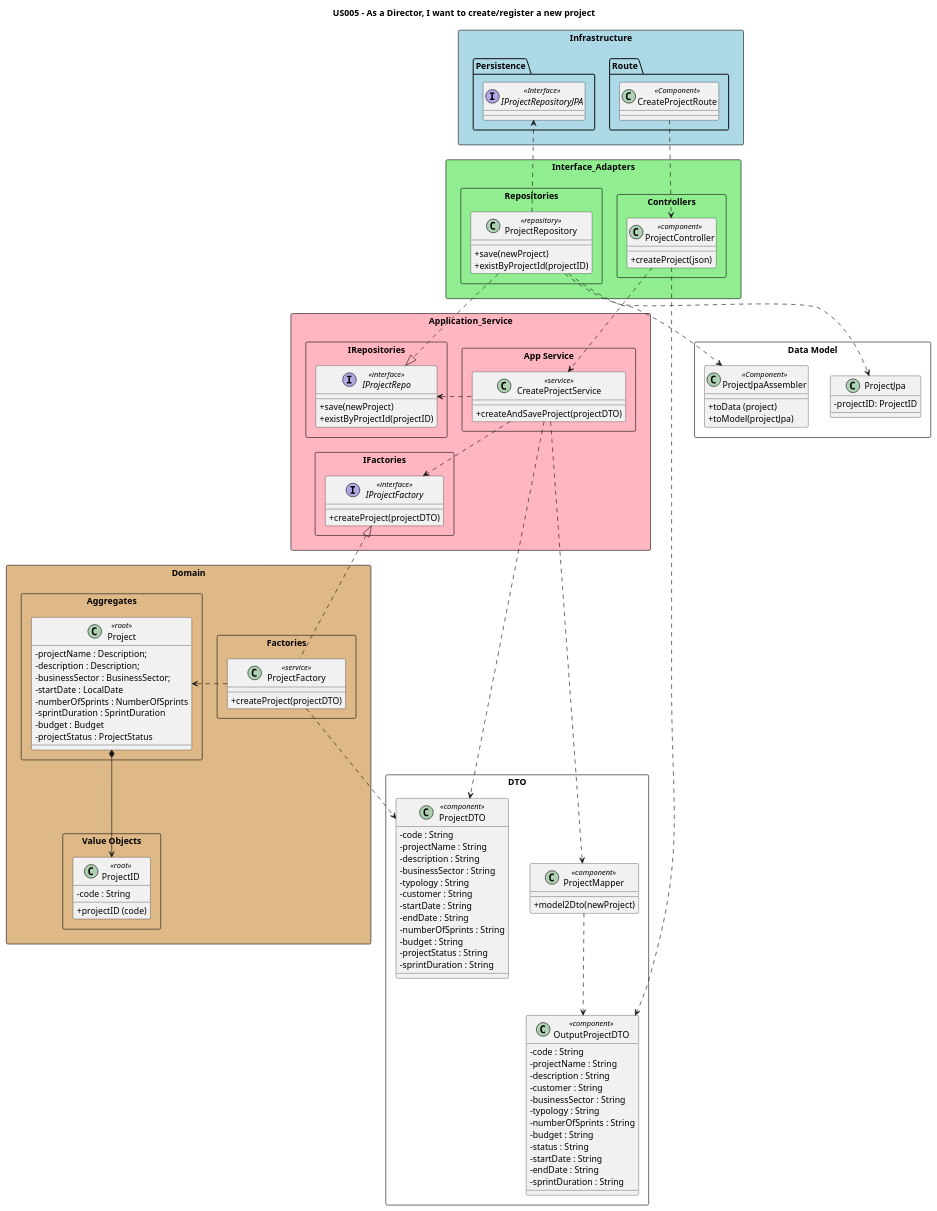
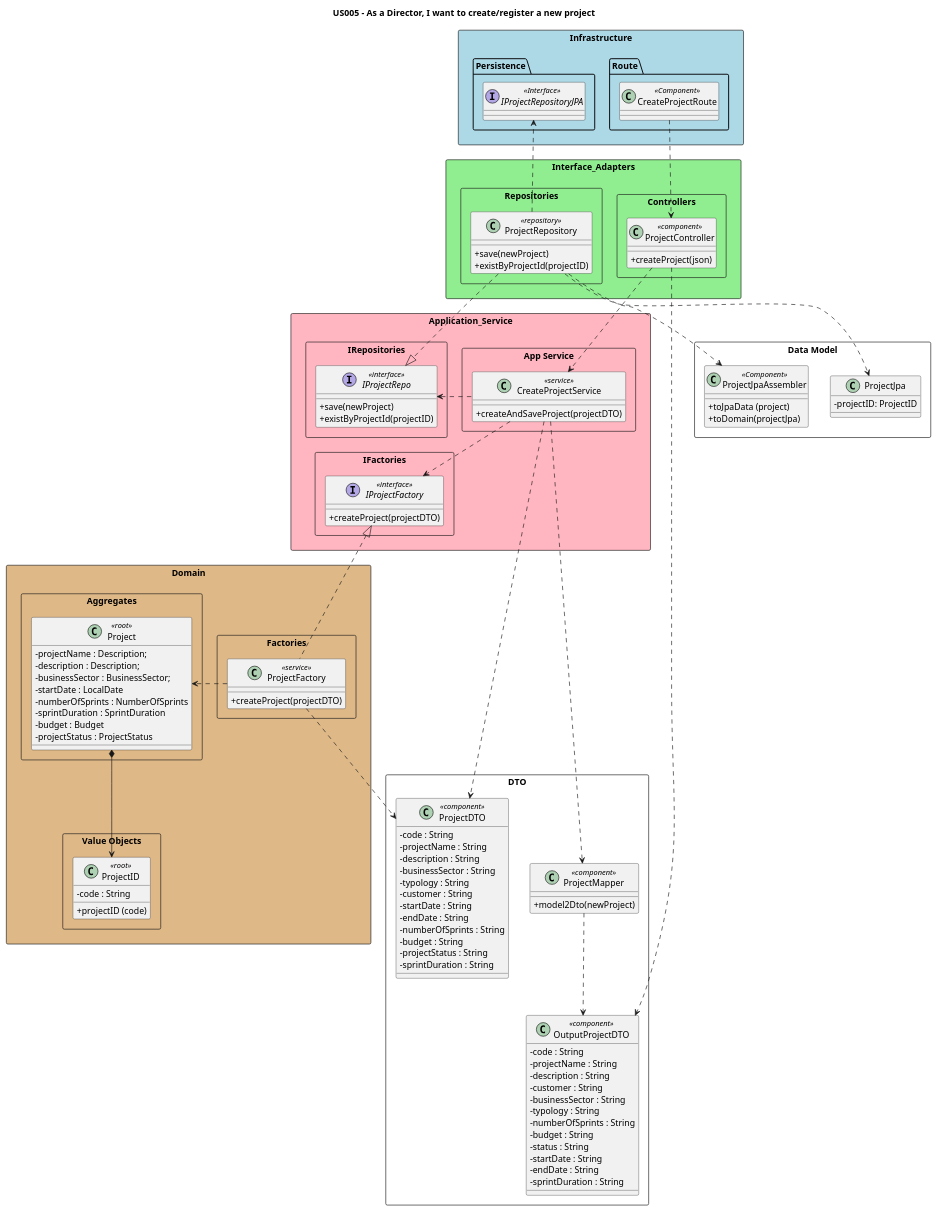
Before and after one commit to nunogon1211787/projectManagement: the diagram in docs/Sprint1/US005/US005-CD.puml, drawn with PlantUML. The commit also changed 20 other files, not shown here.

```diff
--- a/docs/Sprint1/US005/US005-CD.puml
+++ b/docs/Sprint1/US005/US005-CD.puml
@@ -1,155 +1,155 @@
 @startuml
 'https://plantuml.com/class-diagram
 
 skinparam classAttributeIconSize 0
 
 title US005 - As a Director, I want to create/register a new project
 
 
 
 '-------------------INFRASTRUCTURE-----------------------'
 package "Infrastructure" <<Rectangle>>  #lightblue {
 package "Route" {
 class "CreateProjectRoute" as infra <<Component>>{
 }
 }
 package "Persistence" {
 interface "IProjectRepositoryJPA" as jpa <<Interface>>{
 }
 }
 }
 
 
 
 package "Data Model" <<Rectangle>>{
 class "ProjectJpaAssembler" as assemblerjpa <<Component>> {
-+toData (project)
-+toModel(projectJpa)
++toJpaData (project)
++toDomain(projectJpa)
 }
 class "ProjectJpa" as projectJPA {
 -projectID: ProjectID
 }
 }
 
 
 
 '-------------------INTERFACE ADAPTERS-------------------'
 package Interface_Adapters <<Rectangle>> #lightgreen{
 package "Controllers" <<Rectangle>> {
 class "ProjectController" as Ctrl <<component>> {
 +createProject(json)
 }
 }
 package Repositories <<Rectangle>> {
 class "ProjectRepository" as projectRepo <<repository>> {
 +save(newProject)
 +existByProjectId(projectID)
 }
 }
 }
 
 '-------------------APPLICATION SERVICE------------------'
 package Application_Service <<Rectangle>> #lightpink {
 package IFactories <<Rectangle>> {
 interface "IProjectFactory" as inter <<interface>>{
 +createProject(projectDTO)
 }
 }
 package IRepositories <<Rectangle>> {
 interface "IProjectRepo" as iRepo <<interface>>{
 +save(newProject)
 +existByProjectId(projectID)
 }
 }
 
 package "App Service" <<Rectangle>> {
 class "CreateProjectService" as service <<service>> {
 +createAndSaveProject(projectDTO)
 }
 }
 }
 
 
 '-------------------DOMAIN-------------------------------'
 package Domain <<Rectangle>> #burlywood{
 package "Aggregates" <<Rectangle>> {
 class "Project" as project <<root>> {
 - projectName : Description;
 - description : Description;
 - businessSector : BusinessSector;
 - startDate : LocalDate
 - numberOfSprints : NumberOfSprints
 - sprintDuration : SprintDuration
 - budget : Budget
 - projectStatus : ProjectStatus
 }
 }
 package "Factories" <<Rectangle>> {
 class "ProjectFactory" as factory <<service>> {
 +createProject(projectDTO)
 }
 }
 package "Value Objects" <<Rectangle>> {
 class "ProjectID" as projId <<root>> {
 - code : String
 + projectID (code)
 }
 }
 }
 
 
 '-------------------DTO----------------------------------'
 package "DTO" <<Rectangle>>{
 class "ProjectMapper" as mapper <<component>> {
 +model2Dto(newProject)
 }
 class "ProjectDTO" as projectDTO <<component>>{
 - code : String
 - projectName : String
 - description : String
 - businessSector : String
 - typology : String
 - customer : String
 - startDate : String
 - endDate : String
 - numberOfSprints : String
 - budget : String
 - projectStatus : String
 - sprintDuration : String
 }
 class "OutputProjectDTO" as outPutDTO <<component>>{
 - code : String
 - projectName : String
 - description : String
 - customer : String
 - businessSector : String
 - typology : String
 - numberOfSprints : String
 - budget : String
 - status : String
 - startDate : String
 - endDate : String
 - sprintDuration : String
 }
 }
 
 
 '-------------------RELATIONSHIPS------------------------'
 infra ..> Ctrl
 Ctrl ..> service
 projectRepo ..|> iRepo
 service .l.> iRepo
 service ..> inter
 service .r.> mapper
 factory .u.|> inter
 factory .r.> project
 factory ..> projectDTO
 service ..> projectDTO
 mapper ..> outPutDTO
 Ctrl ..> outPutDTO
 project *--> projId
 
 projectRepo ..> jpa
 projectRepo ..> assemblerjpa
 projectRepo ..> projectJPA
 @enduml
```
